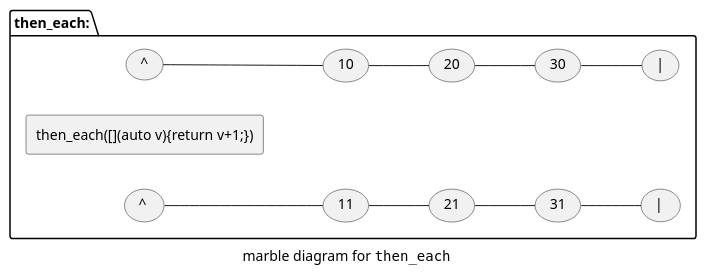
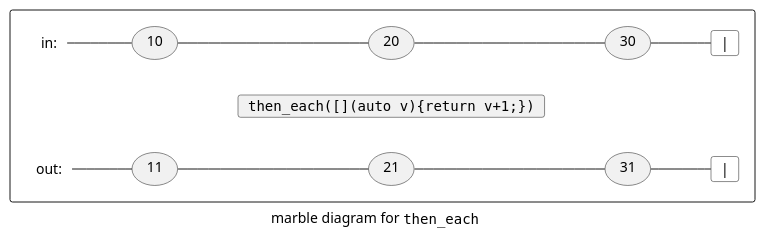
One commit to kirkshoop/sequence-next changed the sixth of 16 diagrams in sequences.md. Above: the diagram before and after it, drawn with PlantUML. The commit also changed other lines of this file, not shown here.

````diff
--- a/sequences.md
+++ b/sequences.md
@@ -445,15 +445,27 @@
 ```plantuml
 caption marble diagram for ""then_each""
 left to right direction
-package then_each: {
-(^) -- (10)
-(10) -- (20)
-(20) -- (30)
-(30) -- (|)
-rectangle ""then_each([](auto v){return v+1;})""
-(^ ) -- (11)
-(11) -- (21)
-(21) -- (31)
-(31) -- (| )
+rectangle {
+card iS as "in:" #transparent;line:transparent 
+usecase i10 as "10"
+usecase i20 as "20"
+usecase i30 as "30"
+card iE as "|" #transparent
+iS -- i10
+i10 -- i20
+i20 -- i30
+i30 -- iE
+usecase anc as " " #transparent;line:transparent
+card fn as """then_each([](auto v){return v+1;})""" 
+anc -[hidden]-- fn
+card oS as "out:" #transparent;line:transparent
+usecase o11 as "11"
+usecase o21 as "21"
+usecase o31 as "31"
+card oE as "|" #transparent
+oS -- o11
+o11 -- o21
+o21 -- o31
+o31 -- oE
 }
 ```
````
